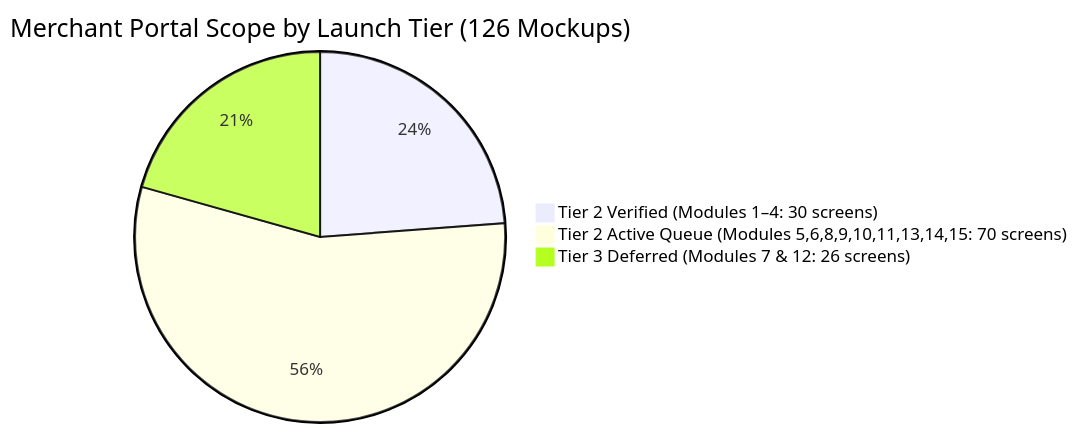
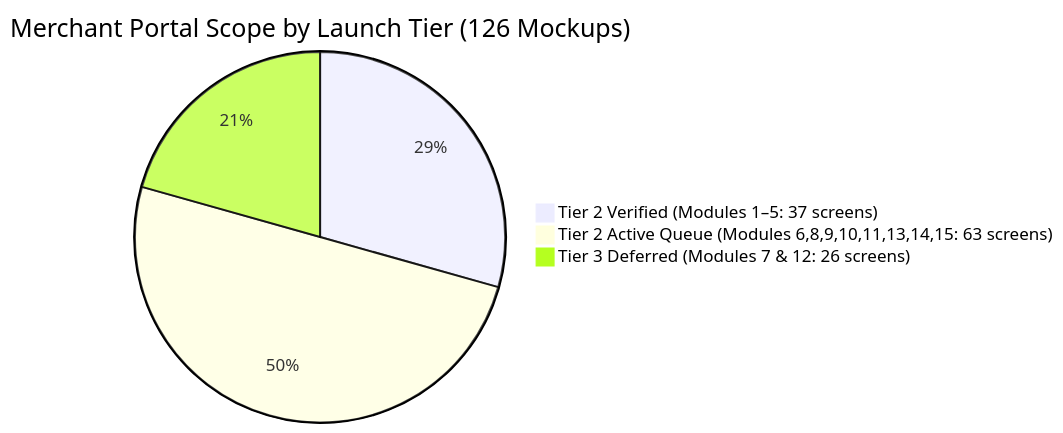
One commit to UtkarshShrivastava1/qucom-platform-root changed the first of 3 diagrams in merchant_web_hardening_tracker.md. Above: the diagram before and after it, drawn with Mermaid. The commit also changed other lines of this file and 11 other files, not shown here.

````diff
--- a/merchant_web_hardening_tracker.md
+++ b/merchant_web_hardening_tracker.md
@@ -24,6 +24,6 @@
 ```mermaid
 pie title Merchant Portal Scope by Launch Tier (126 Mockups)
-    "Tier 2 Verified (Modules 1–4: 30 screens)" : 30
-    "Tier 2 Active Queue (Modules 5,6,8,9,10,11,13,14,15: 70 screens)" : 70
+    "Tier 2 Verified (Modules 1–5: 37 screens)" : 37
+    "Tier 2 Active Queue (Modules 6,8,9,10,11,13,14,15: 63 screens)" : 63
     "Tier 3 Deferred (Modules 7 & 12: 26 screens)" : 26
 ```
````
